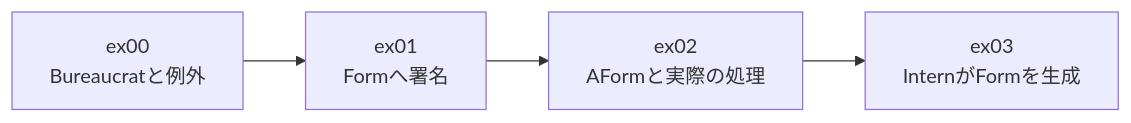
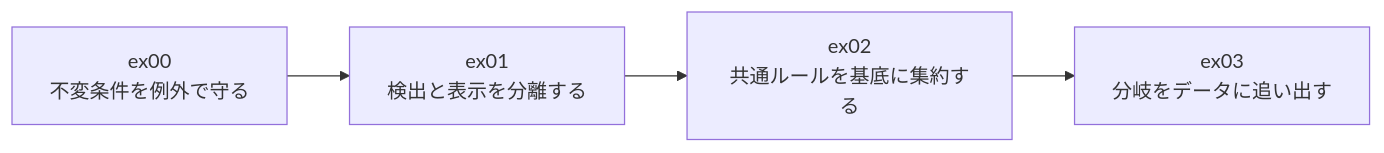
One commit to Kizuna42/cpp changed the second of 6 diagrams in CPP05_COMPLETE_DEFENSE_GUIDE.md. Above: the diagram before and after it, drawn with Mermaid. The commit also changed other lines of this file, not shown here.

````diff
--- a/CPP05_COMPLETE_DEFENSE_GUIDE.md
+++ b/CPP05_COMPLETE_DEFENSE_GUIDE.md
@@ -28,6 +117,6 @@
 ```mermaid
 flowchart LR
-    E0["ex00\nBureaucratと例外"] --> E1["ex01\nFormへ署名"]
-    E1 --> E2["ex02\nAFormと実際の処理"]
-    E2 --> E3["ex03\nInternがFormを生成"]
+    E0["ex00<br/>不変条件を例外で守る"] --> E1["ex01<br/>検出と表示を分離する"]
+    E1 --> E2["ex02<br/>共通ルールを基底に集約する"]
+    E2 --> E3["ex03<br/>分岐をデータに追い出す"]
 ```
````
